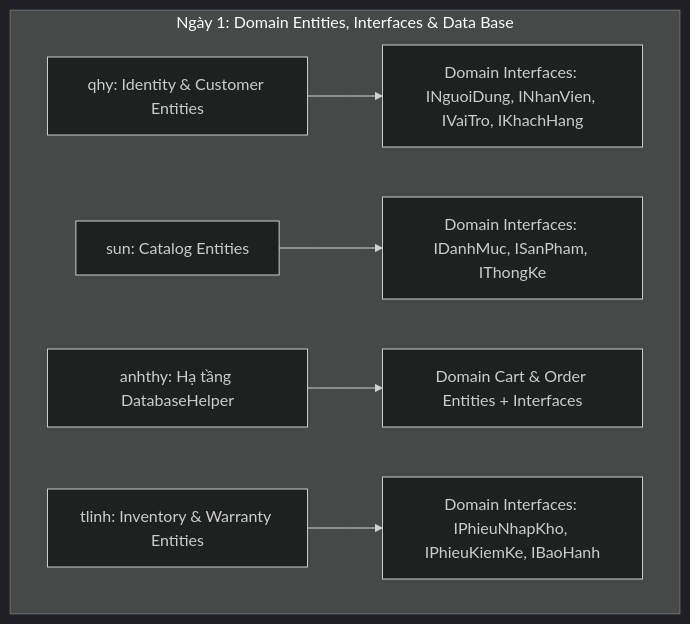
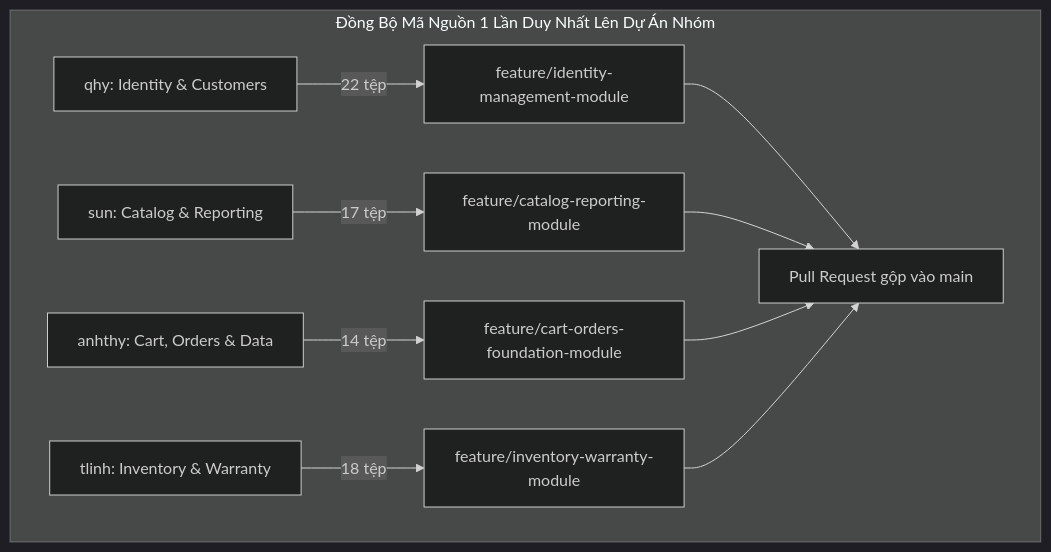
Before and after one commit to sunsun0209s/Blink_Blink_Jewelry_Personal: the diagram in scheduleCommit.md, drawn with Mermaid (dark theme). The commit also changed other lines of this file and 2 other files, not shown here.

````diff
--- a/scheduleCommit.md
+++ b/scheduleCommit.md
@@ -92,9 +89,13 @@
 ```mermaid
 flowchart TD
-    subgraph Day1["Ngày 1: Domain Entities, Interfaces & Data Base"]
-        A["qhy: Identity & Customer Entities"] --> A1["Domain Interfaces: INguoiDung, INhanVien, IVaiTro, IKhachHang"]
-        B["sun: Catalog Entities"] --> B1["Domain Interfaces: IDanhMuc, ISanPham, IThongKe"]
-        C["anhthy: Hạ tầng DatabaseHelper"] --> C1["Domain Cart & Order Entities + Interfaces"]
-        D["tlinh: Inventory & Warranty Entities"] --> D1["Domain Interfaces: IPhieuNhapKho, IPhieuKiemKe, IBaoHanh"]
+    subgraph SingleRun["Đồng Bộ Mã Nguồn 1 Lần Duy Nhất Lên Dự Án Nhóm"]
+        A["qhy: Identity & Customers"] -->|22 tệp| A_branch["feature/identity-management-module"]
+        B["sun: Catalog & Reporting"] -->|17 tệp| B_branch["feature/catalog-reporting-module"]
+        C["anhthy: Cart, Orders & Data"] -->|14 tệp| C_branch["feature/cart-orders-foundation-module"]
+        D["tlinh: Inventory & Warranty"] -->|18 tệp| D_branch["feature/inventory-warranty-module"]
+        A_branch --> PR["Pull Request gộp vào main"]
+        B_branch --> PR
+        C_branch --> PR
+        D_branch --> PR
     end
 ```
````
